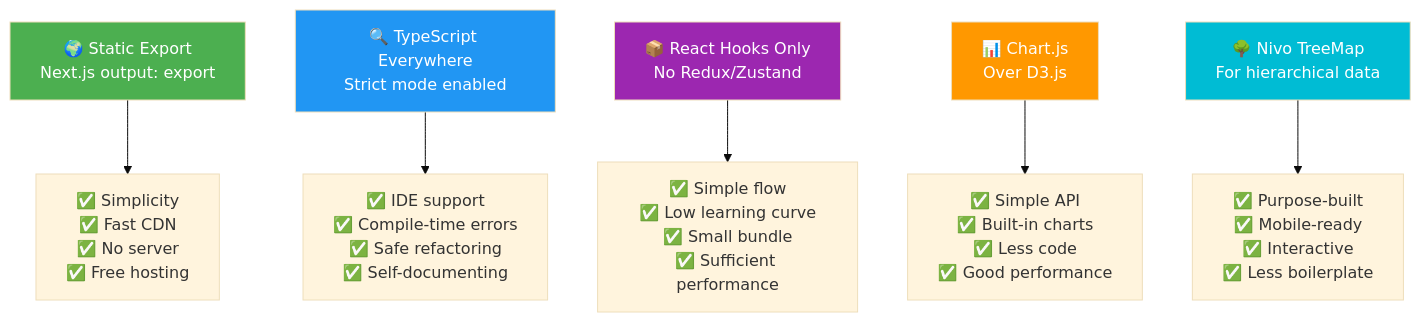
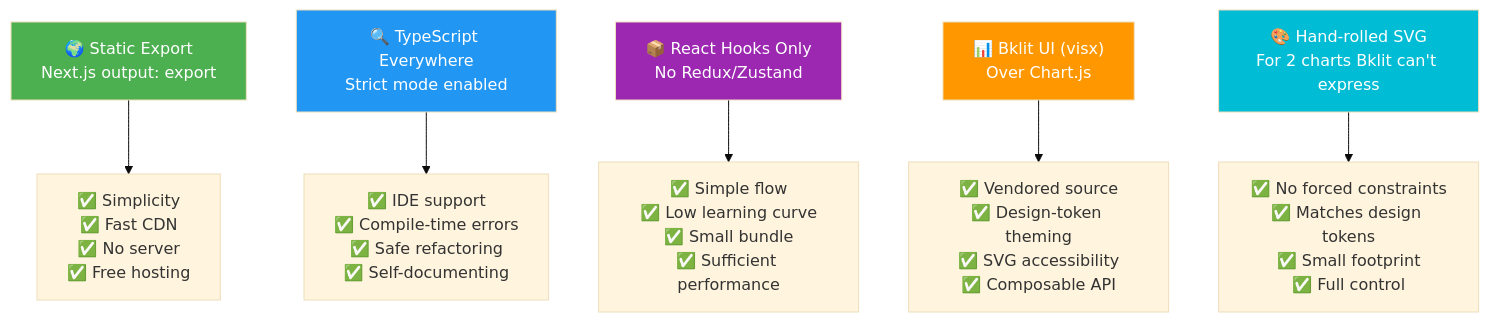
Diagram 16 of 16 in ARCHITECTURE.md (RetroHazard/JP_Immigration_Dashboard), drawn with Mermaid (base theme) before and after one commit. The commit also changed other lines of this file and 239 other files, not shown here.

````diff
--- a/ARCHITECTURE.md
+++ b/ARCHITECTURE.md
@@ -674,29 +714,29 @@
 ```mermaid
 graph TD
     STATIC["🌍 Static Export<br/>Next.js output: export"]
     STATIC_PROS["✅ Simplicity<br/>✅ Fast CDN<br/>✅ No server<br/>✅ Free hosting"]
     
     TS["🔍 TypeScript Everywhere<br/>Strict mode enabled"]
     TS_PROS["✅ IDE support<br/>✅ Compile-time errors<br/>✅ Safe refactoring<br/>✅ Self-documenting"]
     
     STATE["📦 React Hooks Only<br/>No Redux/Zustand"]
     STATE_PROS["✅ Simple flow<br/>✅ Low learning curve<br/>✅ Small bundle<br/>✅ Sufficient performance"]
     
-    CHARTS["📊 Chart.js<br/>Over D3.js"]
-    CHARTS_PROS["✅ Simple API<br/>✅ Built-in charts<br/>✅ Less code<br/>✅ Good performance"]
+    CHARTS["📊 Bklit UI (visx)<br/>Over Chart.js"]
+    CHARTS_PROS["✅ Vendored source<br/>✅ Design-token theming<br/>✅ SVG accessibility<br/>✅ Composable API"]
     
-    NIVO["🌳 Nivo TreeMap<br/>For hierarchical data"]
-    NIVO_PROS["✅ Purpose-built<br/>✅ Mobile-ready<br/>✅ Interactive<br/>✅ Less boilerplate"]
+    CUSTOM["🎨 Hand-rolled SVG<br/>For 2 charts Bklit can't express"]
+    CUSTOM_PROS["✅ No forced constraints<br/>✅ Matches design tokens<br/>✅ Small footprint<br/>✅ Full control"]
     
     STATIC --> STATIC_PROS
     TS --> TS_PROS
     STATE --> STATE_PROS
     CHARTS --> CHARTS_PROS
-    NIVO --> NIVO_PROS
+    CUSTOM --> CUSTOM_PROS
     
     style STATIC fill:#4CAF50,color:#fff
     style TS fill:#2196F3,color:#fff
     style STATE fill:#9C27B0,color:#fff
     style CHARTS fill:#FF9800,color:#fff
-    style NIVO fill:#00BCD4,color:#fff
+    style CUSTOM fill:#00BCD4,color:#fff
 ```
````
